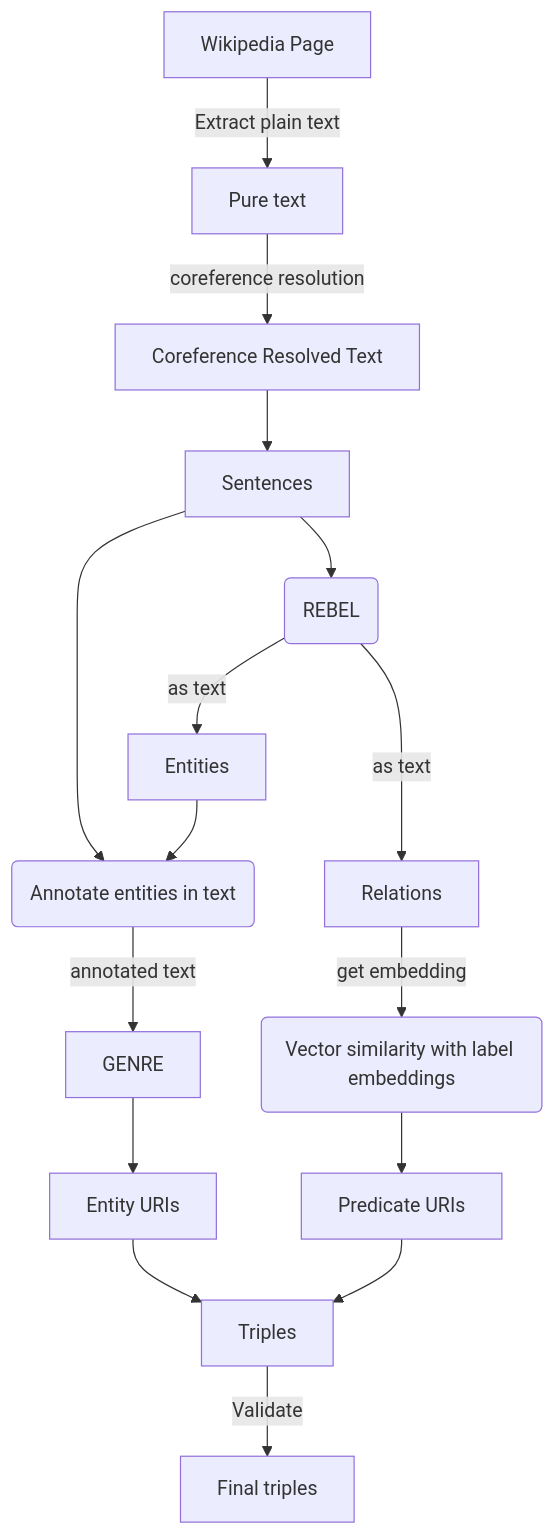
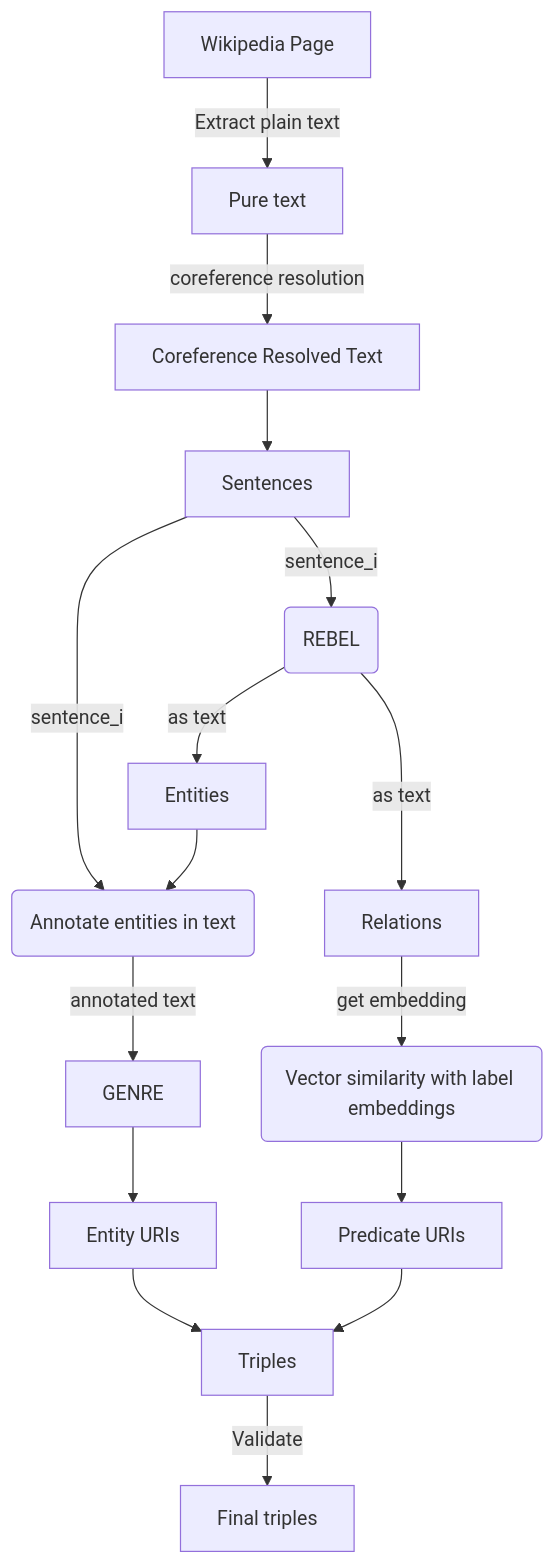
The diagram in GSoC23/Readme.md (dbpedia/neural-extraction-framework), drawn with Mermaid before and after one commit.

Commit message:
Add label to arrow to understand that each sentence is passed

````diff
--- a/GSoC23/Readme.md
+++ b/GSoC23/Readme.md
@@ -40,25 +40,25 @@
 ```mermaid
 graph TD
     wiki_page[Wikipedia Page] --Extract plain text--> pure_text[Pure text]
 
     pure_text--coreference resolution-->coref_resolved_text[Coreference Resolved Text]
     coref_resolved_text-->sentences[Sentences]
-    sentences-->rebel(REBEL)
+    sentences--sentence_i-->rebel(REBEL)
     rebel--as text-->entities[Entities]
     rebel--as text-->relations[Relations]
     
     relations--get embedding-->vector_similarity(Vector similarity with label embeddings);
     vector_similarity-->predicate_uris[Predicate URIs]
 
-    sentences-->annotation_for_genre(Annotate entities in text)
+    sentences--sentence_i-->annotation_for_genre(Annotate entities in text)
 
     entities-->annotation_for_genre
 
     annotation_for_genre--annotated text-->genre[GENRE]
 
     genre-->entity_uris[Entity URIs]
     
     entity_uris-->triples[Triples]
     predicate_uris-->triples[Triples]
     triples--Validate-->final_triples[Final triples]
 ```
````
